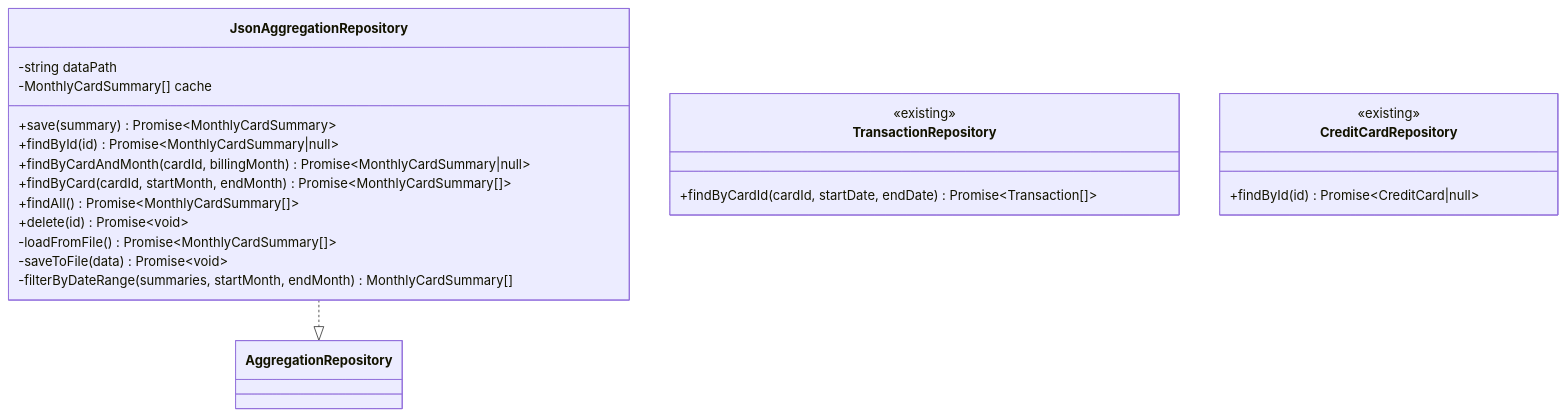
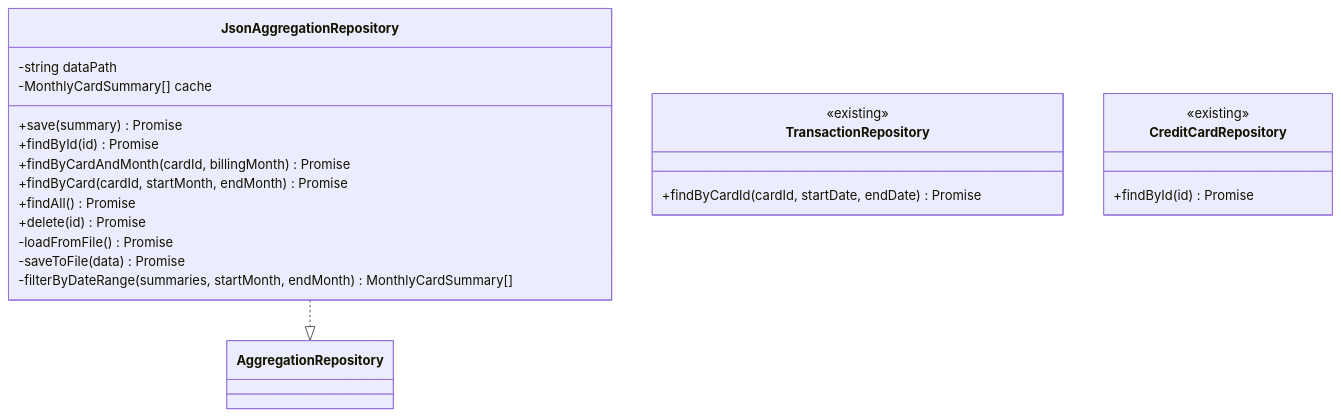
The third of 6 diagrams in docs/detailed-design/FR-012_credit-card-monthly-aggregation/class-diagrams.md (kencom2400/account-book), drawn with Mermaid before and after one commit. The commit also changed other lines of this file and 2 other files, not shown here.

````diff
--- a/docs/detailed-design/FR-012_credit-card-monthly-aggregation/class-diagrams.md
+++ b/docs/detailed-design/FR-012_credit-card-monthly-aggregation/class-diagrams.md
@@ -213,28 +188,28 @@
 ```mermaid
 classDiagram
     class JsonAggregationRepository {
         -string dataPath
         -MonthlyCardSummary[] cache
-        +save(summary) Promise~MonthlyCardSummary~
-        +findById(id) Promise~MonthlyCardSummary|null~
-        +findByCardAndMonth(cardId, billingMonth) Promise~MonthlyCardSummary|null~
-        +findByCard(cardId, startMonth, endMonth) Promise~MonthlyCardSummary[]~
-        +findAll() Promise~MonthlyCardSummary[]~
-        +delete(id) Promise~void~
-        -loadFromFile() Promise~MonthlyCardSummary[]~
-        -saveToFile(data) Promise~void~
+        +save(summary) Promise<MonthlyCardSummary>
+        +findById(id) Promise<MonthlyCardSummary|null>
+        +findByCardAndMonth(cardId, billingMonth) Promise<MonthlyCardSummary|null>
+        +findByCard(cardId, startMonth, endMonth) Promise<MonthlyCardSummary[]>
+        +findAll() Promise<MonthlyCardSummary[]>
+        +delete(id) Promise<void>
+        -loadFromFile() Promise<MonthlyCardSummary[]>
+        -saveToFile(data) Promise<void>
         -filterByDateRange(summaries, startMonth, endMonth) MonthlyCardSummary[]
     }
 
     class TransactionRepository {
         <<existing>>
-        +findByCardId(cardId, startDate, endDate) Promise~Transaction[]~
+        +findByCardId(cardId, startDate, endDate) Promise<Transaction[]>
     }
 
     class CreditCardRepository {
         <<existing>>
-        +findById(id) Promise~CreditCard|null~
+        +findById(id) Promise<CreditCard|null>
     }
 
     JsonAggregationRepository ..|> AggregationRepository
 ```
````
